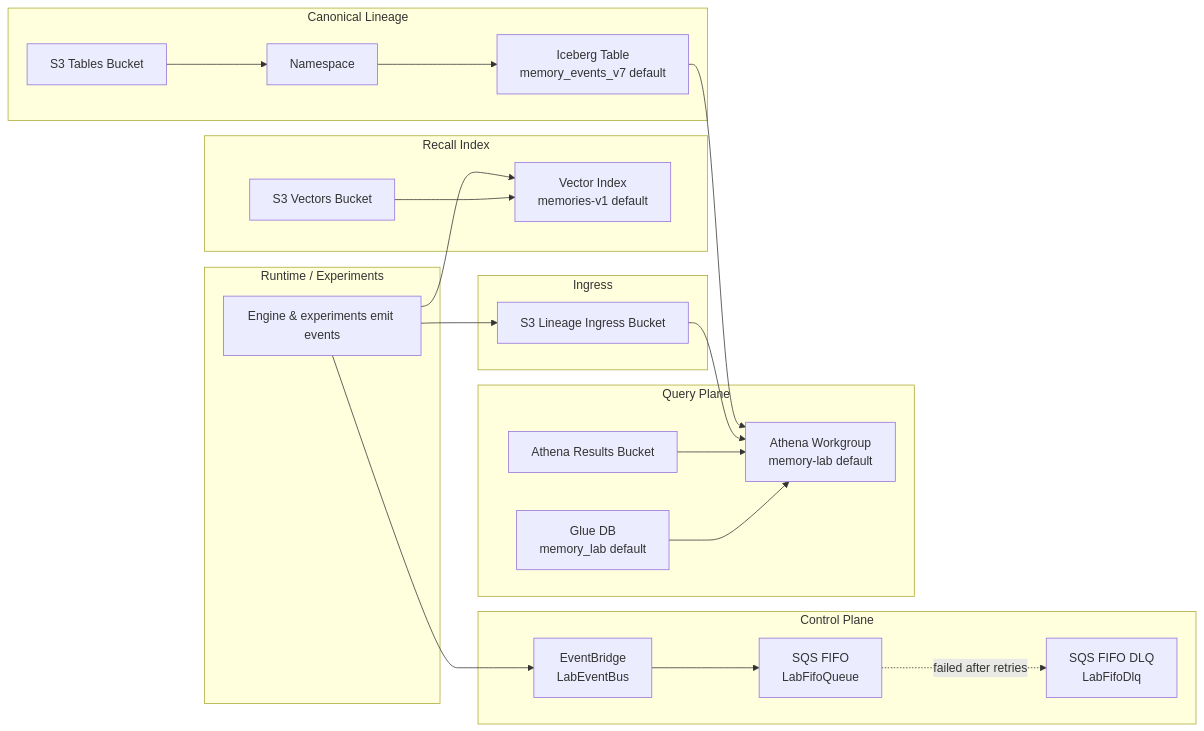
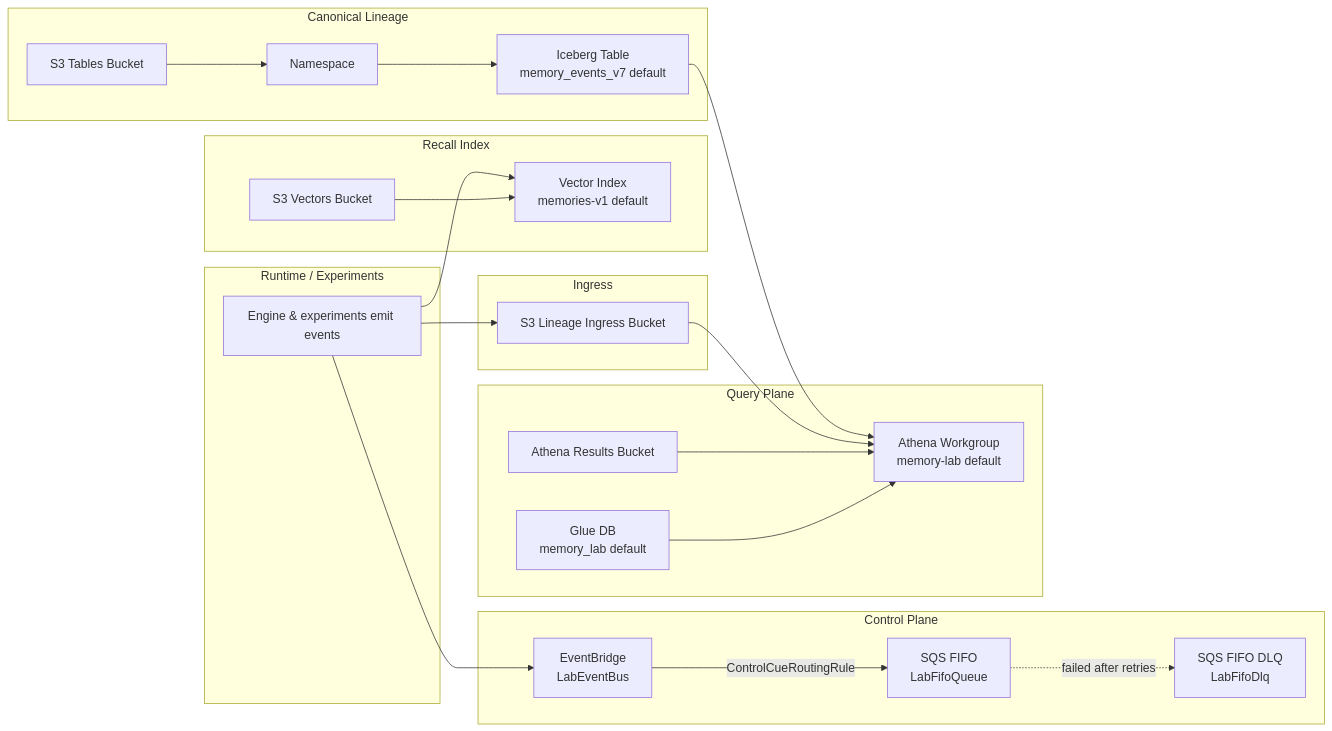
The diagram in stacks/README.md (stack-research/memory), drawn with Mermaid before and after one commit. The commit also changed other lines of this file and 21 other files, not shown here.

````diff
--- a/stacks/README.md
+++ b/stacks/README.md
@@ -131,46 +137,46 @@
 ```mermaid
 flowchart LR
     subgraph Producers[Runtime / Experiments]
       P[Engine & experiments emit events]
     end
 
     subgraph ControlPlane[Control Plane]
       EB[EventBridge\nLabEventBus]
       Q[SQS FIFO\nLabFifoQueue]
       DLQ[SQS FIFO DLQ\nLabFifoDlq]
-      EB --> Q
+      EB -->|ControlCueRoutingRule| Q
       Q -. failed after retries .-> DLQ
     end
 
     subgraph Ingress[Ingress]
       IB[S3 Lineage Ingress Bucket]
     end
 
     subgraph Canonical[Canonical Lineage]
       TB[S3 Tables Bucket]
       NS[Namespace]
       LT[Iceberg Table\nmemory_events_v7 default]
       TB --> NS --> LT
     end
 
     subgraph Recall[Recall Index]
       VB[S3 Vectors Bucket]
       VI[Vector Index\nmemories-v1 default]
       VB --> VI
     end
 
     subgraph Query[Query Plane]
       GDB[Glue DB\nmemory_lab default]
       ARB[Athena Results Bucket]
       WG[Athena Workgroup\nmemory-lab default]
       GDB --> WG
       ARB --> WG
     end
 
     P --> IB
     P --> EB
     P --> VI
 
     IB --> WG
     LT --> WG
 ```
````
